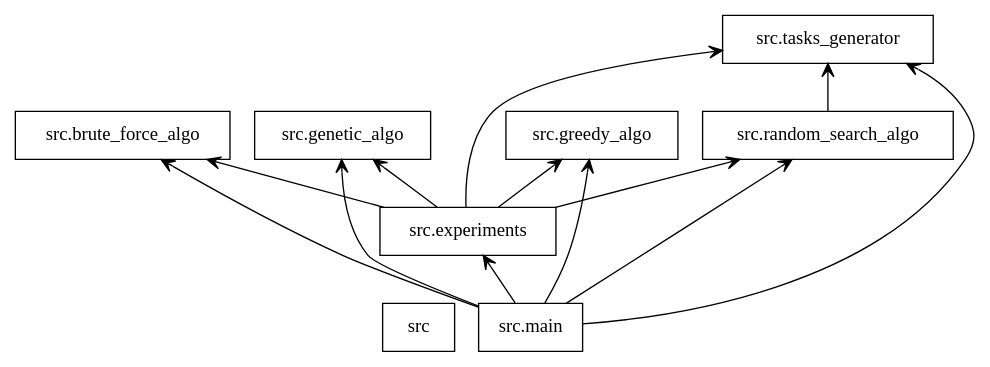
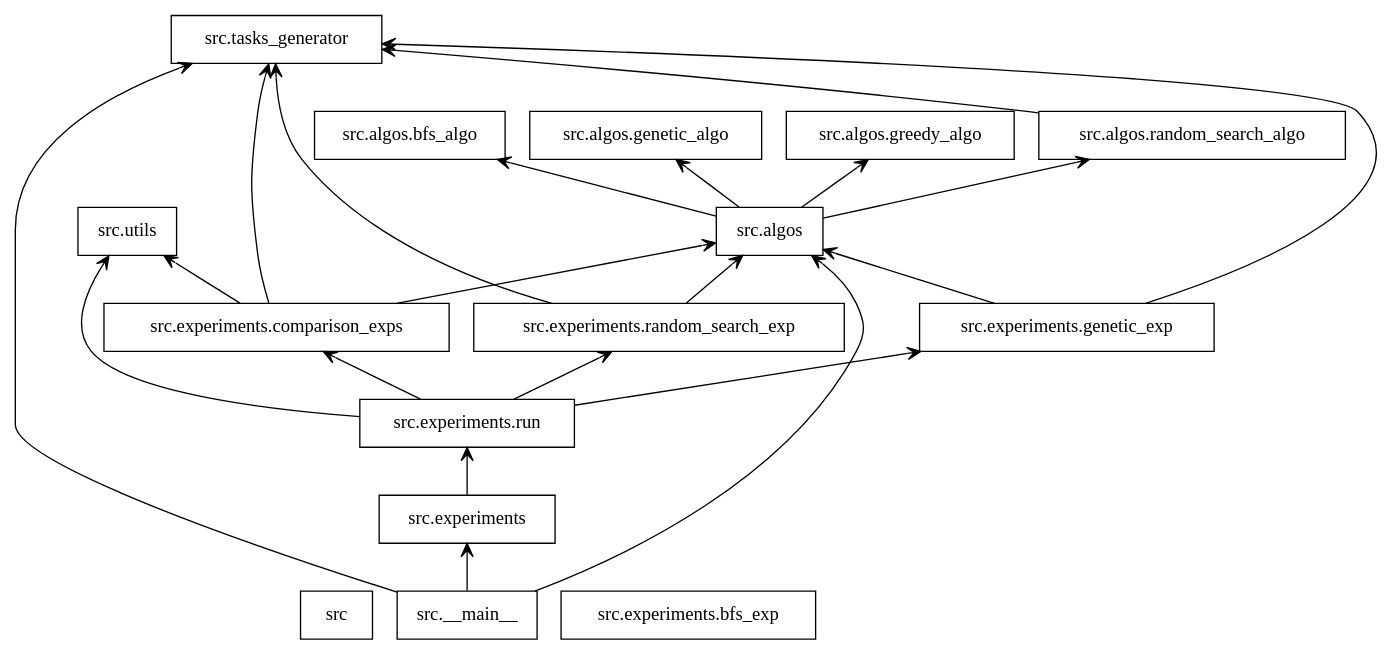
The diagram in src/data/packages.dot (khmelevskyi/rectangles-intersection-problem), drawn with Graphviz before and after one commit. The commit also changed 16 other files, not shown here.

```diff
--- a/src/data/packages.dot
+++ b/src/data/packages.dot
@@ -1,24 +1,39 @@
 digraph "packages" {
 rankdir=BT
 charset="utf-8"
 "src" [color="black", label=<src>, shape="box", style="solid"];
-"src.brute_force_algo" [color="black", label=<src.brute_force_algo>, shape="box", style="solid"];
+"src.__main__" [color="black", label=<src.__main__>, shape="box", style="solid"];
+"src.algos" [color="black", label=<src.algos>, shape="box", style="solid"];
+"src.algos.bfs_algo" [color="black", label=<src.algos.bfs_algo>, shape="box", style="solid"];
+"src.algos.genetic_algo" [color="black", label=<src.algos.genetic_algo>, shape="box", style="solid"];
+"src.algos.greedy_algo" [color="black", label=<src.algos.greedy_algo>, shape="box", style="solid"];
+"src.algos.random_search_algo" [color="black", label=<src.algos.random_search_algo>, shape="box", style="solid"];
 "src.experiments" [color="black", label=<src.experiments>, shape="box", style="solid"];
-"src.genetic_algo" [color="black", label=<src.genetic_algo>, shape="box", style="solid"];
-"src.greedy_algo" [color="black", label=<src.greedy_algo>, shape="box", style="solid"];
-"src.main" [color="black", label=<src.main>, shape="box", style="solid"];
-"src.random_search_algo" [color="black", label=<src.random_search_algo>, shape="box", style="solid"];
+"src.experiments.bfs_exp" [color="black", label=<src.experiments.bfs_exp>, shape="box", style="solid"];
+"src.experiments.comparison_exps" [color="black", label=<src.experiments.comparison_exps>, shape="box", style="solid"];
+"src.experiments.genetic_exp" [color="black", label=<src.experiments.genetic_exp>, shape="box", style="solid"];
+"src.experiments.random_search_exp" [color="black", label=<src.experiments.random_search_exp>, shape="box", style="solid"];
+"src.experiments.run" [color="black", label=<src.experiments.run>, shape="box", style="solid"];
 "src.tasks_generator" [color="black", label=<src.tasks_generator>, shape="box", style="solid"];
-"src.experiments" -> "src.brute_force_algo" [arrowhead="open", arrowtail="none"];
-"src.experiments" -> "src.genetic_algo" [arrowhead="open", arrowtail="none"];
-"src.experiments" -> "src.greedy_algo" [arrowhead="open", arrowtail="none"];
-"src.experiments" -> "src.random_search_algo" [arrowhead="open", arrowtail="none"];
-"src.experiments" -> "src.tasks_generator" [arrowhead="open", arrowtail="none"];
-"src.main" -> "src.brute_force_algo" [arrowhead="open", arrowtail="none"];
-"src.main" -> "src.experiments" [arrowhead="open", arrowtail="none"];
-"src.main" -> "src.genetic_algo" [arrowhead="open", arrowtail="none"];
-"src.main" -> "src.greedy_algo" [arrowhead="open", arrowtail="none"];
-"src.main" -> "src.random_search_algo" [arrowhead="open", arrowtail="none"];
-"src.main" -> "src.tasks_generator" [arrowhead="open", arrowtail="none"];
-"src.random_search_algo" -> "src.tasks_generator" [arrowhead="open", arrowtail="none"];
+"src.utils" [color="black", label=<src.utils>, shape="box", style="solid"];
+"src.__main__" -> "src.algos" [arrowhead="open", arrowtail="none"];
+"src.__main__" -> "src.experiments" [arrowhead="open", arrowtail="none"];
+"src.__main__" -> "src.tasks_generator" [arrowhead="open", arrowtail="none"];
+"src.algos" -> "src.algos.bfs_algo" [arrowhead="open", arrowtail="none"];
+"src.algos" -> "src.algos.genetic_algo" [arrowhead="open", arrowtail="none"];
+"src.algos" -> "src.algos.greedy_algo" [arrowhead="open", arrowtail="none"];
+"src.algos" -> "src.algos.random_search_algo" [arrowhead="open", arrowtail="none"];
+"src.algos.random_search_algo" -> "src.tasks_generator" [arrowhead="open", arrowtail="none"];
+"src.experiments" -> "src.experiments.run" [arrowhead="open", arrowtail="none"];
+"src.experiments.comparison_exps" -> "src.algos" [arrowhead="open", arrowtail="none"];
+"src.experiments.comparison_exps" -> "src.tasks_generator" [arrowhead="open", arrowtail="none"];
+"src.experiments.comparison_exps" -> "src.utils" [arrowhead="open", arrowtail="none"];
+"src.experiments.genetic_exp" -> "src.algos" [arrowhead="open", arrowtail="none"];
+"src.experiments.genetic_exp" -> "src.tasks_generator" [arrowhead="open", arrowtail="none"];
+"src.experiments.random_search_exp" -> "src.algos" [arrowhead="open", arrowtail="none"];
+"src.experiments.random_search_exp" -> "src.tasks_generator" [arrowhead="open", arrowtail="none"];
+"src.experiments.run" -> "src.experiments.comparison_exps" [arrowhead="open", arrowtail="none"];
+"src.experiments.run" -> "src.experiments.genetic_exp" [arrowhead="open", arrowtail="none"];
+"src.experiments.run" -> "src.experiments.random_search_exp" [arrowhead="open", arrowtail="none"];
+"src.experiments.run" -> "src.utils" [arrowhead="open", arrowtail="none"];
 }
```
